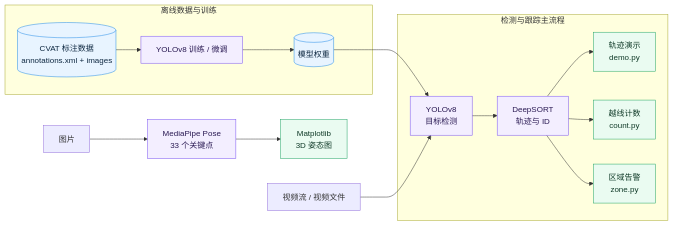
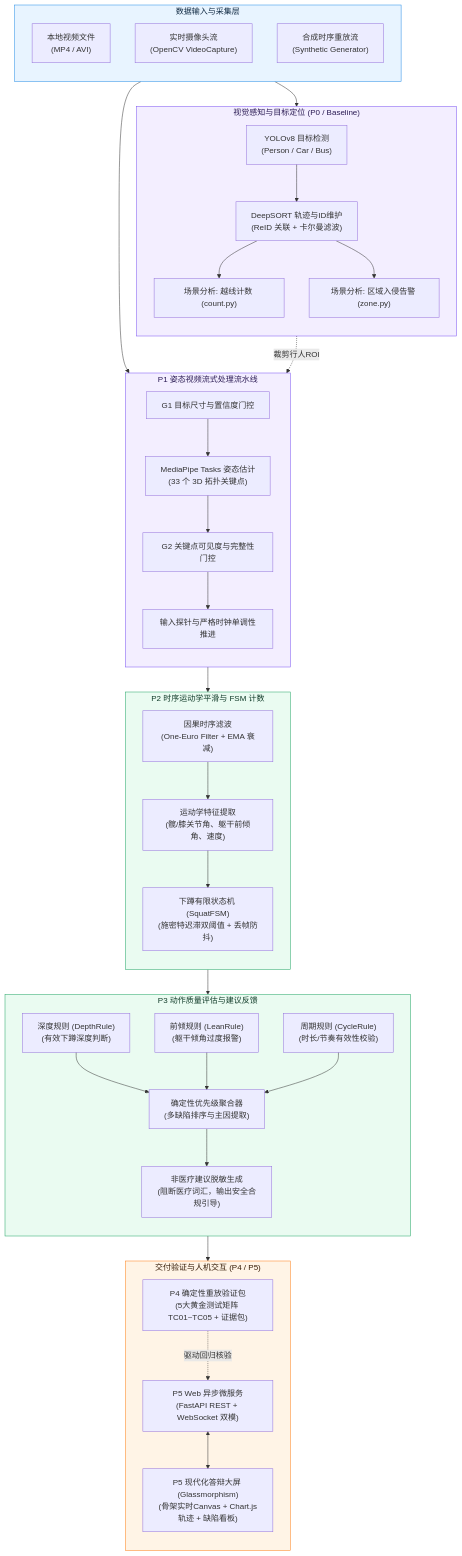
Before and after one commit to huwany1/Undergraduate-engineering-thesis: the first of 3 diagrams in README.md, drawn with Mermaid. The commit also changed other lines of this file, not shown here.

````diff
--- a/README.md
+++ b/README.md
@@ -64,39 +29,87 @@
 ```mermaid
-flowchart LR
-    subgraph OFFLINE[离线数据与训练]
-        DATA[(CVAT 标注数据<br/>annotations.xml + images)]
-        TRAIN[YOLOv8 训练 / 微调]
-        WEIGHTS[(模型权重)]
-        DATA --> TRAIN --> WEIGHTS
+flowchart TD
+    %% 输入层
+    subgraph INPUT[" 数据输入与采集层 "]
+        direction TB
+        V1["本地视频文件<br/>(MP4 / AVI)"]
+        V2["实时摄像头流<br/>(OpenCV VideoCapture)"]
+        V3["合成时序重放流<br/>(Synthetic Generator)"]
     end
 
-    VIDEO[视频流 / 视频文件]
-
-    subgraph ONLINE[检测与跟踪主流程]
-        DETECT[YOLOv8<br/>目标检测]
-        TRACK[DeepSORT<br/>轨迹与 ID]
-        DEMO[轨迹演示<br/>demo.py]
-        COUNT[越线计数<br/>count.py]
-        ZONE[区域告警<br/>zone.py]
-
-        DETECT --> TRACK
-        TRACK --> DEMO
-        TRACK --> COUNT
+    %% 预处理与检测跟踪层
+    subgraph VISION[" 视觉感知与目标定位 (P0 / Baseline) "]
+        direction TB
+        YOLO["YOLOv8 目标检测<br/>(Person / Car / Bus)"]
+        TRACK["DeepSORT 轨迹与ID维护<br/>(ReID 关联 + 卡尔曼滤波)"]
+        LINE["场景分析: 越线计数 (count.py)"]
+        ZONE["场景分析: 区域入侵告警 (zone.py)"]
+        
+        YOLO --> TRACK
+        TRACK --> LINE
         TRACK --> ZONE
     end
 
-    IMAGE[图片]
-    POSE[MediaPipe Pose<br/>33 个关键点]
-    PLOT[Matplotlib<br/>3D 姿态图]
+    %% P1 流水线
+    subgraph P1[" P1 姿态视频流式处理流水线 "]
+        direction TB
+        G1["G1 目标尺寸与置信度门控"]
+        ENG["MediaPipe Tasks 姿态估计<br/>(33 个 3D 拓扑关键点)"]
+        G2["G2 关键点可见度与完整性门控"]
+        PROBE["输入探针与严格时钟单调性推进"]
+        
+        G1 --> ENG --> G2 --> PROBE
+    end
 
-    WEIGHTS --> DETECT
-    VIDEO --> DETECT
-    IMAGE --> POSE --> PLOT
+    %% P2 时序运动学
+    subgraph P2[" P2 时序运动学平滑与 FSM 计数 "]
+        direction TB
+        FILTER["因果时序滤波<br/>(One-Euro Filter + EMA 衰减)"]
+        KIN["运动学特征提取<br/>(髋/膝关节角、躯干前倾角、速度)"]
+        FSM["下蹲有限状态机 (SquatFSM)<br/>(施密特迟滞双阈值 + 丢帧防抖)"]
+        
+        FILTER --> KIN --> FSM
+    end
 
-    classDef data fill:#E8F4FF,stroke:#228BE6,color:#102A43;
+    %% P3 规则引擎
+    subgraph P3[" P3 动作质量评估与建议反馈 "]
+        direction TB
+        R_DEPTH["深度规则 (DepthRule)<br/>(有效下蹲深度判断)"]
+        R_LEAN["前倾规则 (LeanRule)<br/>(躯干倾角过度报警)"]
+        R_CYCLE["周期规则 (CycleRule)<br/>(时长/节奏有效性校验)"]
+        AGG["确定性优先级聚合器<br/>(多缺陷排序与主因提取)"]
+        SANITIZER["非医疗建议脱敏生成<br/>(阻断医疗词汇，输出安全合规引导)"]
+        
+        R_DEPTH --> AGG
+        R_LEAN --> AGG
+        R_CYCLE --> AGG
+        AGG --> SANITIZER
+    end
+
+    %% P4 验证包与 P5 Web 交互
+    subgraph PRESENTATION[" 交付验证与人机交互 (P4 / P5) "]
+        direction TB
+        P4_RUNNER["P4 确定性重放验证包<br/>(5大黄金测试矩阵 TC01~TC05 + 证据包)"]
+        P5_SERVER["P5 Web 异步微服务<br/>(FastAPI REST + WebSocket 双模)"]
+        P5_UI["P5 现代化答辩大屏 (Glassmorphism)<br/>(骨架实时Canvas + Chart.js轨迹 + 缺陷看板)"]
+        
+        P5_SERVER <--> P5_UI
+    end
+
+    %% 跨层连接
+    INPUT --> VISION
+    INPUT --> P1
+    VISION -. 裁剪行人ROI .-> P1
+    P1 --> P2
+    P2 --> P3
+    P3 --> PRESENTATION
+    P4_RUNNER -. 驱动回归核验 .-> P5_SERVER
+
+    classDef input fill:#E8F4FF,stroke:#228BE6,color:#102A43;
     classDef core fill:#F3EEFF,stroke:#7950F2,color:#2B1B54;
-    classDef feature fill:#EAFBF1,stroke:#20A464,color:#123C2A;
-    class DATA,WEIGHTS data;
-    class TRAIN,DETECT,TRACK,POSE core;
-    class DEMO,COUNT,ZONE,PLOT feature;
+    classDef algo fill:#EAFBF1,stroke:#20A464,color:#123C2A;
+    classDef app fill:#FFF4E6,stroke:#FD7E14,color:#341A04;
+    class INPUT input;
+    class VISION,P1 core;
+    class P2,P3 algo;
+    class PRESENTATION app;
 ```
````
